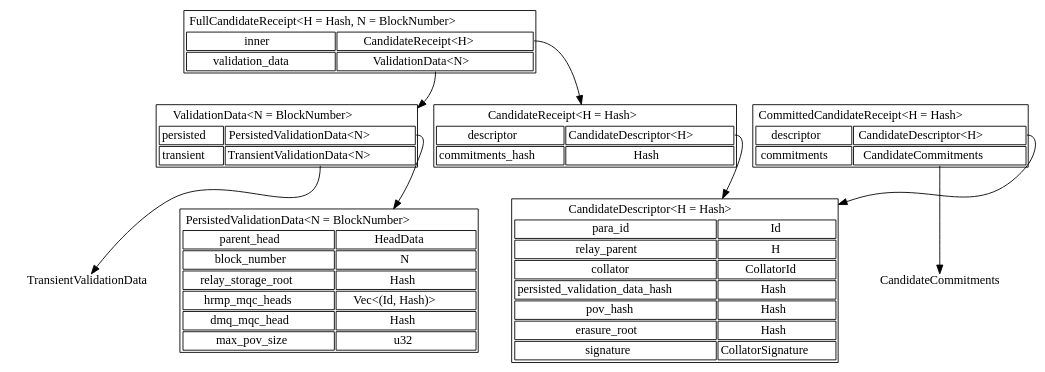
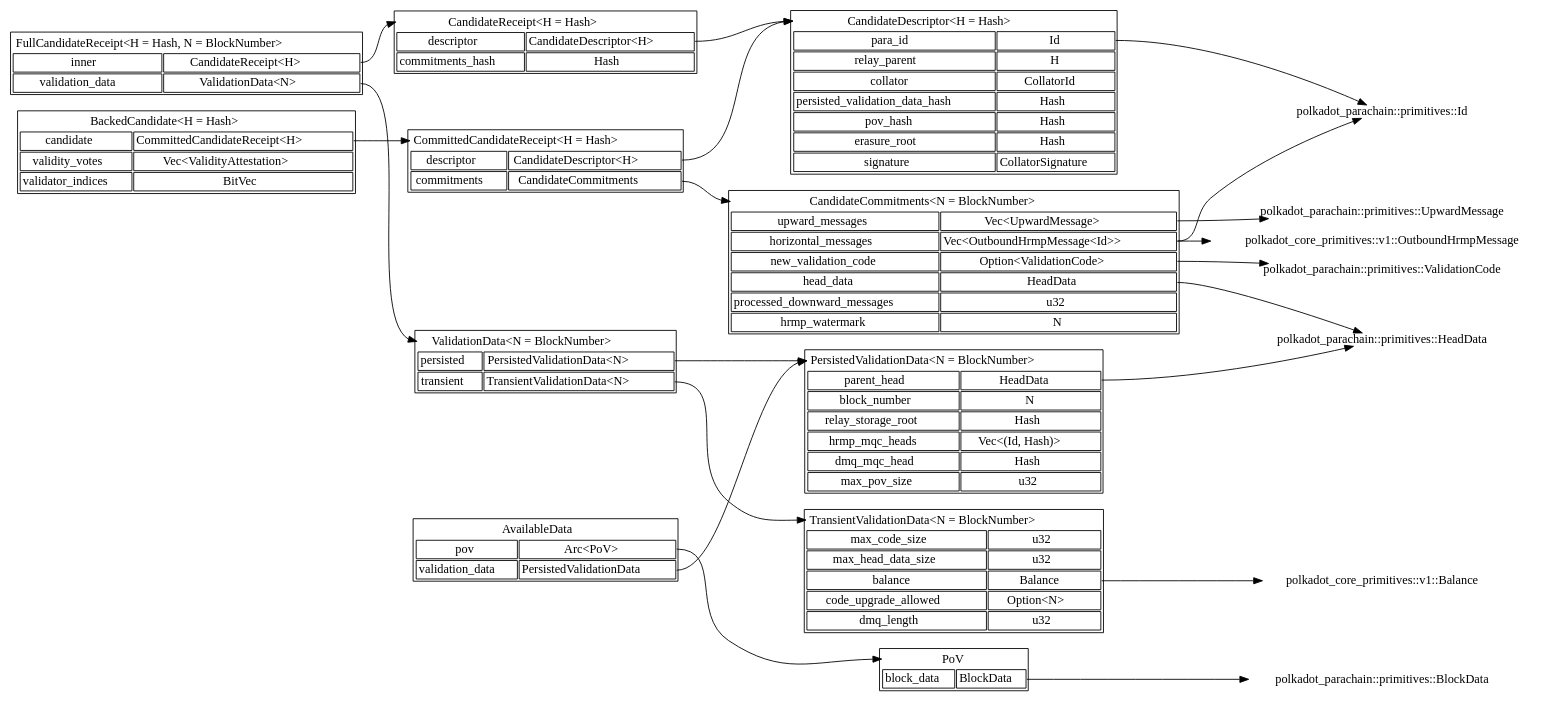
The diagram in roadmap/implementers-guide/src/types/README.md (paritytech/polkadot), drawn with Graphviz before and after one commit.

Commit message:
finish graphing candidate-related structs

````diff
--- a/roadmap/implementers-guide/src/types/README.md
+++ b/roadmap/implementers-guide/src/types/README.md
@@ -9,10 +9,11 @@
 ```dot process
 digraph {
+    rankdir = LR;
     node [shape = plain]
 
     CandidateDescriptor [label = <
         <table>
-            <tr><td border="0" colspan="2">CandidateDescriptor&lt;H = Hash&gt;</td></tr>
+            <tr><td border="0" colspan="2" port="name">CandidateDescriptor&lt;H = Hash&gt;</td></tr>
             <tr><td>para_id</td><td port="para_id">Id</td></tr>
             <tr><td>relay_parent</td><td port="relay_parent">H</td></tr>
             <tr><td>collator</td><td port="collator">CollatorId</td></tr>
@@ -23,52 +24,54 @@
         </table>
     >]
 
+    CandidateDescriptor:para_id -> "polkadot_parachain::primitives::Id"
+
     CandidateReceipt [label = <
         <table>
-            <tr><td border="0" colspan="2">CandidateReceipt&lt;H = Hash&gt;</td></tr>
+            <tr><td border="0" colspan="2" port="name">CandidateReceipt&lt;H = Hash&gt;</td></tr>
             <tr><td>descriptor</td><td port="descriptor">CandidateDescriptor&lt;H&gt;</td></tr>
             <tr><td>commitments_hash</td><td port="commitments_hash">Hash</td></tr>
         </table>
     >]
 
-    CandidateReceipt:descriptor -> CandidateDescriptor
+    CandidateReceipt:descriptor -> CandidateDescriptor:name
 
     FullCandidateReceipt [label = <
         <table>
-            <tr><td border="0" colspan="2">FullCandidateReceipt&lt;H = Hash, N = BlockNumber&gt;</td></tr>
+            <tr><td border="0" colspan="2" port="name">FullCandidateReceipt&lt;H = Hash, N = BlockNumber&gt;</td></tr>
             <tr><td>inner</td><td port="inner">CandidateReceipt&lt;H&gt;</td></tr>
             <tr><td>validation_data</td><td port="validation_data">ValidationData&lt;N&gt;</td></tr>
         </table>
     >]
 
-    FullCandidateReceipt:inner -> CandidateReceipt
-    FullCandidateReceipt:validation_data -> ValidationData
+    FullCandidateReceipt:inner -> CandidateReceipt:name
+    FullCandidateReceipt:validation_data -> ValidationData:name
 
     CommittedCandidateReceipt [label = <
         <table>
-            <tr><td border="0" colspan="2">CommittedCandidateReceipt&lt;H = Hash&gt;</td></tr>
+            <tr><td border="0" colspan="2" port="name">CommittedCandidateReceipt&lt;H = Hash&gt;</td></tr>
             <tr><td>descriptor</td><td port="descriptor">CandidateDescriptor&lt;H&gt;</td></tr>
             <tr><td>commitments</td><td port="commitments">CandidateCommitments</td></tr>
         </table>
     >]
 
-    CommittedCandidateReceipt:descriptor -> CandidateDescriptor
-    CommittedCandidateReceipt:commitments -> CandidateCommitments
+    CommittedCandidateReceipt:descriptor -> CandidateDescriptor:name
+    CommittedCandidateReceipt:commitments -> CandidateCommitments:name
 
     ValidationData [label = <
         <table>
-            <tr><td border="0" colspan="2">ValidationData&lt;N = BlockNumber&gt;</td></tr>
+            <tr><td border="0" colspan="2" port="name">ValidationData&lt;N = BlockNumber&gt;</td></tr>
             <tr><td>persisted</td><td port="persisted">PersistedValidationData&lt;N&gt;</td></tr>
             <tr><td>transient</td><td port="transient">TransientValidationData&lt;N&gt;</td></tr>
         </table>
     >]
 
-    ValidationData:persisted -> PersistedValidationData
-    ValidationData:transient -> TransientValidationData
+    ValidationData:persisted -> PersistedValidationData:name
+    ValidationData:transient -> TransientValidationData:name
 
     PersistedValidationData [label = <
         <table>
-            <tr><td border="0" colspan="2">PersistedValidationData&lt;N = BlockNumber&gt;</td></tr>
+            <tr><td border="0" colspan="2" port="name">PersistedValidationData&lt;N = BlockNumber&gt;</td></tr>
             <tr><td>parent_head</td><td port="parent_head">HeadData</td></tr>
             <tr><td>block_number</td><td port="block_number">N</td></tr>
             <tr><td>relay_storage_root</td><td port="relay_storage_root">Hash</td></tr>
@@ -77,5 +80,71 @@
             <tr><td>max_pov_size</td><td port="max_pov_size">u32</td></tr>
         </table>
     >]
+
+    PersistedValidationData:parent_head -> HeadData
+
+    TransientValidationData [label = <
+        <table>
+            <tr><td border="0" colspan="2" port="name">TransientValidationData&lt;N = BlockNumber&gt;</td></tr>
+            <tr><td>max_code_size</td><td port="max_code_size">u32</td></tr>
+            <tr><td>max_head_data_size</td><td port="max_head_data_size">u32</td></tr>
+            <tr><td>balance</td><td port="balance">Balance</td></tr>
+            <tr><td>code_upgrade_allowed</td><td port="code_upgrade_allowed">Option&lt;N&gt;</td></tr>
+            <tr><td>dmq_length</td><td port="dmq_length">u32</td></tr>
+        </table>
+    >]
+
+    TransientValidationData:balance -> "polkadot_core_primitives::v1::Balance"
+
+    CandidateCommitments [label = <
+        <table>
+            <tr><td border="0" colspan="2" port="name">CandidateCommitments&lt;N = BlockNumber&gt;</td></tr>
+            <tr><td>upward_messages</td><td port="upward_messages">Vec&lt;UpwardMessage&gt;</td></tr>
+            <tr><td>horizontal_messages</td><td port="horizontal_messages">Vec&lt;OutboundHrmpMessage&lt;Id&gt;&gt;</td></tr>
+            <tr><td>new_validation_code</td><td port="new_validation_code">Option&lt;ValidationCode&gt;</td></tr>
+            <tr><td>head_data</td><td port="head_data">HeadData</td></tr>
+            <tr><td>processed_downward_messages</td><td port="processed_downward_messages">u32</td></tr>
+            <tr><td>hrmp_watermark</td><td port="hrmp_watermark">N</td></tr>
+        </table>
+    >]
+
+    CandidateCommitments:upward_messages -> "polkadot_parachain::primitives::UpwardMessage"
+    CandidateCommitments:horizontal_messages -> "polkadot_core_primitives::v1::OutboundHrmpMessage"
+    CandidateCommitments:head_data -> HeadData
+    CandidateCommitments:horizontal_messages -> "polkadot_parachain::primitives::Id"
+    CandidateCommitments:new_validation_code -> "polkadot_parachain::primitives::ValidationCode"
+
+    PoV [label = <
+        <table>
+            <tr><td border="0" colspan="2" port="name">PoV</td></tr>
+            <tr><td>block_data</td><td port="block_data">BlockData</td></tr>
+        </table>
+    >]
+
+    PoV:block_data -> "polkadot_parachain::primitives::BlockData"
+
+    BackedCandidate [label = <
+        <table>
+            <tr><td border="0" colspan="2" port="name">BackedCandidate&lt;H = Hash&gt;</td></tr>
+            <tr><td>candidate</td><td port="candidate">CommittedCandidateReceipt&lt;H&gt;</td></tr>
+            <tr><td>validity_votes</td><td port="validity_votes">Vec&lt;ValidityAttestation&gt;</td></tr>
+            <tr><td>validator_indices</td><td port="validator_indices">BitVec</td></tr>
+        </table>
+    >]
+
+    BackedCandidate:candidate -> CommittedCandidateReceipt:name
+
+    AvailableData [label = <
+        <table>
+            <tr><td border="0" colspan="2" port="name">AvailableData</td></tr>
+            <tr><td>pov</td><td port="pov">Arc&lt;PoV&gt;</td></tr>
+            <tr><td>validation_data</td><td port="validation_data">PersistedValidationData</td></tr>
+        </table>
+    >]
+
+    AvailableData:pov -> PoV:name
+    AvailableData:validation_data -> PersistedValidationData:name
+
+    HeadData [label = "polkadot_parachain::primitives::HeadData"]
 }
 ```
````
